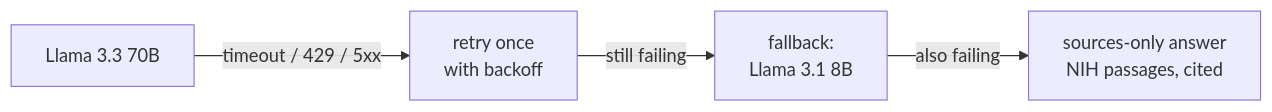
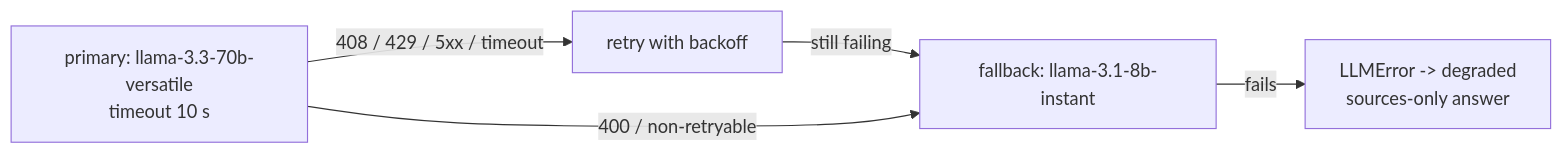
One commit to pavanaditya123/healthcare-rag-assistant changed diagram 12 of 13 in README.md. Above: the diagram before and after it, drawn with Mermaid. The commit also changed other lines of this file, not shown here.

Commit message:
README: technical diagrams per component, each followed by an everyday explanation

````diff
--- a/README.md
+++ b/README.md
@@ -558,6 +557,7 @@
 ```mermaid
 flowchart LR
-    A["Llama 3.3 70B"] -- "timeout / 429 / 5xx" --> R["retry once<br/>with backoff"]
-    R -- "still failing" --> B["fallback:<br/>Llama 3.1 8B"]
-    B -- "also failing" --> S["sources-only answer<br/>NIH passages, cited"]
+    P["primary: llama-3.3-70b-versatile<br/>timeout 10 s"] -- "408 / 429 / 5xx / timeout" --> R["retry with backoff"]
+    R -- "still failing" --> F["fallback: llama-3.1-8b-instant"]
+    P -- "400 / non-retryable" --> F
+    F -- "fails" --> S["LLMError -> degraded<br/>sources-only answer"]
 ```
````
